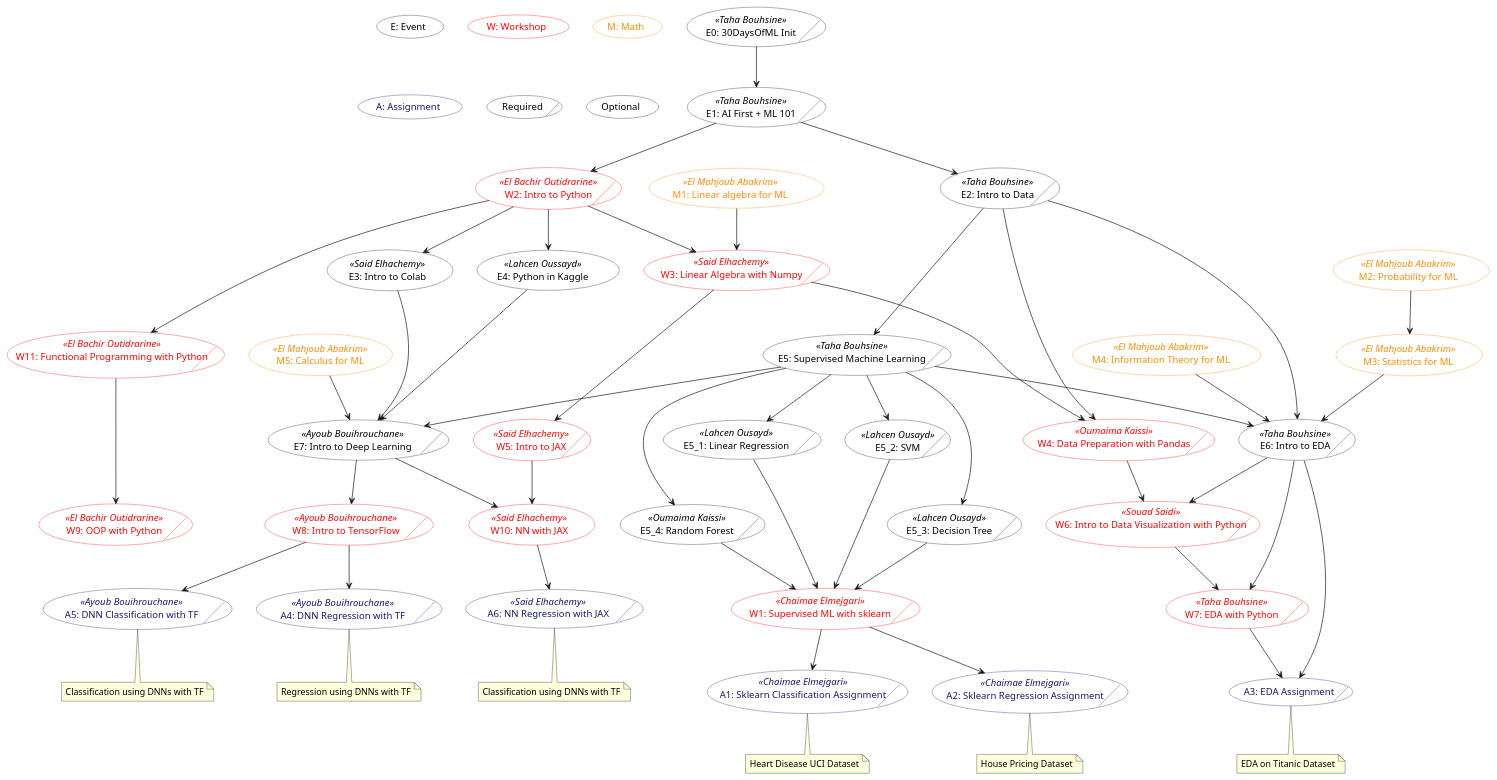
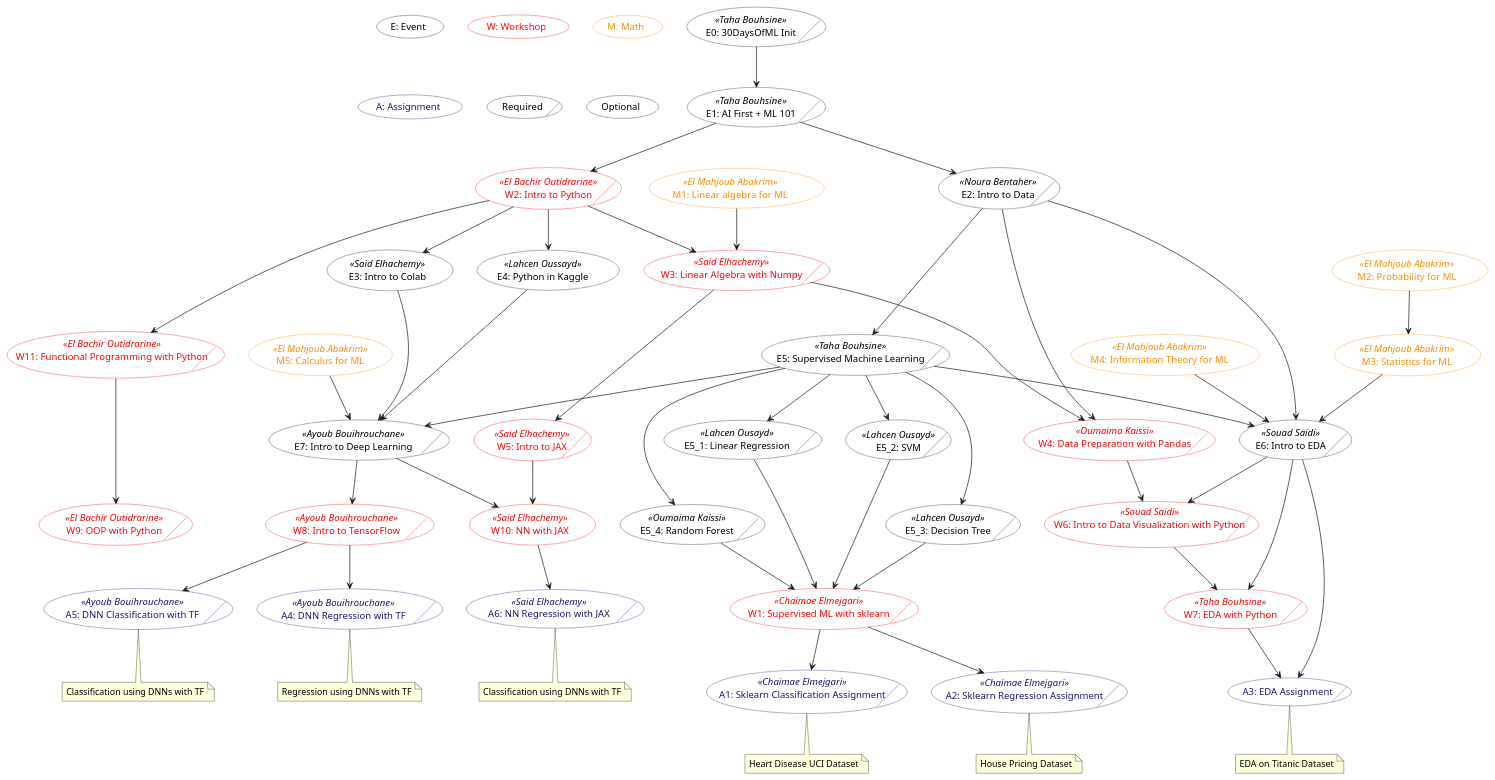
Before and after one commit to gdscuiz/30daysofml: the diagram in mlstart.puml, drawn with PlantUML.

```diff
--- a/mlstart.puml
+++ b/mlstart.puml
@@ -1,149 +1,149 @@
 @startuml "MLStart"
 
 skinparam usecase {
 BackgroundColor transparent
 shadowing false
 }
 
 (E: Event)
 (W: Workshop) #line:red;text:red
 (M: Math) #line:darkorange;text:darkorange
 (A: Assignment) #line:MidnightBlue;text:MidnightBlue
 
 (E0: 30DaysOfML Init)/ as E0 <<Taha Bouhsine>>
 (E1: AI First + ML 101)/ as E1 <<Taha Bouhsine>>
 
-(E2: Intro to Data)/ as E2 <<Taha Bouhsine>>
+(E2: Intro to Data)/ as E2 <<Noura Bentaher>>
 (E3: Intro to Colab) as E3 <<Said Elhachemy>>
 (E4: Python in Kaggle) as E4 << Lahcen Oussayd >>
 (E5: Supervised Machine Learning)/ as E5 <<Taha Bouhsine>>
 (E5_1: Linear Regression)/ as E5_1 <<Lahcen Ousayd>>
 (E5_2: SVM)/ as E5_2 <<Lahcen Ousayd>>
 (E5_3: Decision Tree)/ as E5_3 <<Lahcen Ousayd>>
 (E5_4: Random Forest)/ as E5_4 <<Oumaima Kaissi>>
-(E6: Intro to EDA)/ as E6 <<Taha Bouhsine>>
+(E6: Intro to EDA)/ as E6 <<Souad Saidi>>
 (E7: Intro to Deep Learning)/ as E7 << Ayoub Bouihrouchane >>
 
 
 
 
 (W1: Supervised ML with sklearn)/ as W1 << Chaimae Elmejgari>> #line:red;text:red 
 (W2: Intro to Python)/ as W2 <<El Bachir Outidrarine>> #line:red;text:red
 (W3: Linear Algebra with Numpy)/ as W3 <<Said Elhachemy>> #line:red;text:red
 (W4: Data Preparation with Pandas)/ as W4 <<Oumaima Kaissi>> #line:red;text:red
 (W5: Intro to JAX)/ as W5 <<Said Elhachemy>> #line:red;text:red
 (W6: Intro to Data Visualization with Python)/ as W6 <<Souad Saidi>> #line:red;text:red
 (W7: EDA with Python)/ as W7 <<Taha Bouhsine>> #line:red;text:red
 (W8: Intro to TensorFlow)/ as W8 << Ayoub Bouihrouchane >> #line:red;text:red 
 (W9: OOP with Python)/ as W9 << El Bachir Outidrarine>>#line:red;text:red
 (W10: NN with JAX) as W10 <<Said Elhachemy>> #line:red;text:red
 (W11: Functional Programming with Python)/ as W11 <<El Bachir Outidrarine>> #line:red;text:red
 
 
 (M1: Linear algebra for ML) as M1 << El Mahjoub Abakrim >> #line:darkorange;text:darkorange
 (M2: Probability for ML) as M2 << El Mahjoub Abakrim >> #line:darkorange;text:darkorange
 (M3: Statistics for ML) as M3 << El Mahjoub Abakrim >> #line:darkorange;text:darkorange
 (M5: Calculus for ML) as M5 << El Mahjoub Abakrim >> #line:darkorange;text:darkorange 
 (M4: Information Theory for ML) as M4 << El Mahjoub Abakrim >> #line:darkorange;text:darkorange
 
 (A1: Sklearn Classification Assignment)/ as A1 <<Chaimae Elmejgari>> #line:MidnightBlue;text:MidnightBlue
 note bottom [[http://GDSCUIZ.github.io]]
 Heart Disease UCI Dataset
 end note
 
 (A2: Sklearn Regression Assignment)/ as A2 <<Chaimae Elmejgari>> #line:MidnightBlue;text:MidnightBlue
 note bottom [[http://GDSCUIZ.github.io]]
 House Pricing Dataset
 end note
 
 (A3: EDA Assignment)/ as A3 #line:MidnightBlue;text:MidnightBlue
 note bottom [[http://GDSCUIZ.github.io]]
 EDA on Titanic Dataset
 end note
 
 (A4: DNN Regression with TF)/ as A4 <<Ayoub Bouihrouchane>> #line:MidnightBlue;text:MidnightBlue
 note bottom [[http://GDSCUIZ.github.io]]
 Regression using DNNs with TF
 end note
 
 (A5: DNN Classification with TF)/ as A5 <<Ayoub Bouihrouchane>> #line:MidnightBlue;text:MidnightBlue
 note bottom [[http://GDSCUIZ.github.io]]
 Classification using DNNs with TF
 end note
 
 (A6: NN Regression with JAX)/ as A6 <<Said Elhachemy>> #line:MidnightBlue;text:MidnightBlue
 note bottom [[http://GDSCUIZ.github.io]]
 Classification using DNNs with TF
 end note
 
 M1 --> W3
 
 M2 --> M3
 
 M3 --> E6
 M4 --> E6
 
 M5 --> E7
 
 E0 --> E1
 
 E1 --> W2
 E1 --> E2
 
 E2 ---> E5
 E2 --> W4
 E2 ---> E6
 
 E3 --> E7
 
 E4 --> E7
 
 E5 --> E7
 E5 --> E6
 E5 --> E5_1
 E5 --> E5_2
 E5 ---> E5_3
 E5 ---> E5_4
 E5_1 --> W1
 E5_2 --> W1
 E5_3 --> W1
 E5_4 --> W1
 
 
 E6 --> A3
 E6 --> W7
 E6 --> W6
 
 E7 --> W8
 E7 --> W10
 
 
 W1 --> A1
 W1 --> A2
 
 W2 --> E4
 W2 --> E3
 W2 --> W3
 W2 ---> W11
 
 W3 ---> W4
 W3 --> W5
 
 W4 --> W6
 
 W5 --> W10
 
 W6 --> W7
 
 W7 --> A3
 
 W8 --> A4
 W8 --> A5
 
 W11 ---> W9
 
 W10 --> A6
 
 (Required)/
 (Optional)
 @enduml
```
